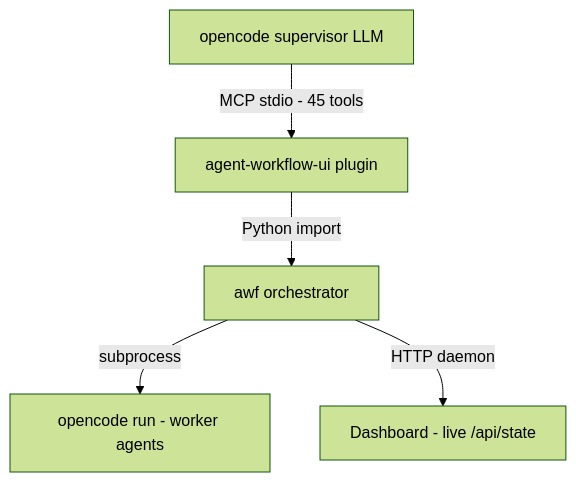
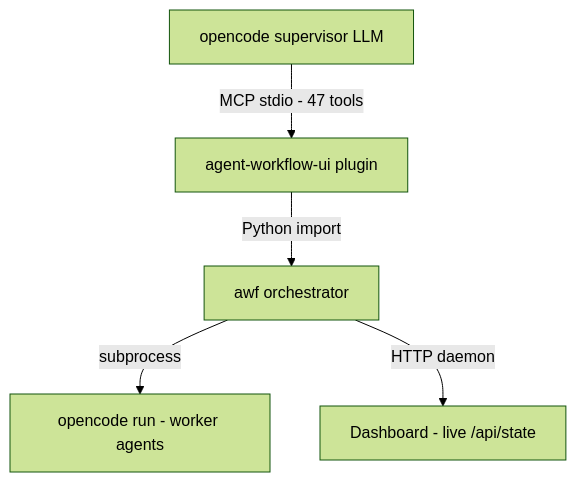
The second of 2 diagrams in README.md (EnerJizeIT/agentic-workflow), drawn with Mermaid (forest theme) before and after one commit. The commit also changed other lines of this file and 5 other files, not shown here.

````diff
--- a/README.md
+++ b/README.md
@@ -101,7 +93,7 @@
 ```mermaid
 graph TD
-    A[opencode supervisor LLM] -->|MCP stdio - 45 tools| B[agent-workflow-ui plugin]
+    A[opencode supervisor LLM] -->|MCP stdio - 47 tools| B[agent-workflow-ui plugin]
     B -->|Python import| C[awf orchestrator]
     C -->|subprocess| D[opencode run - worker agents]
     C -->|HTTP daemon| E[Dashboard - live /api/state]
 ```
````
